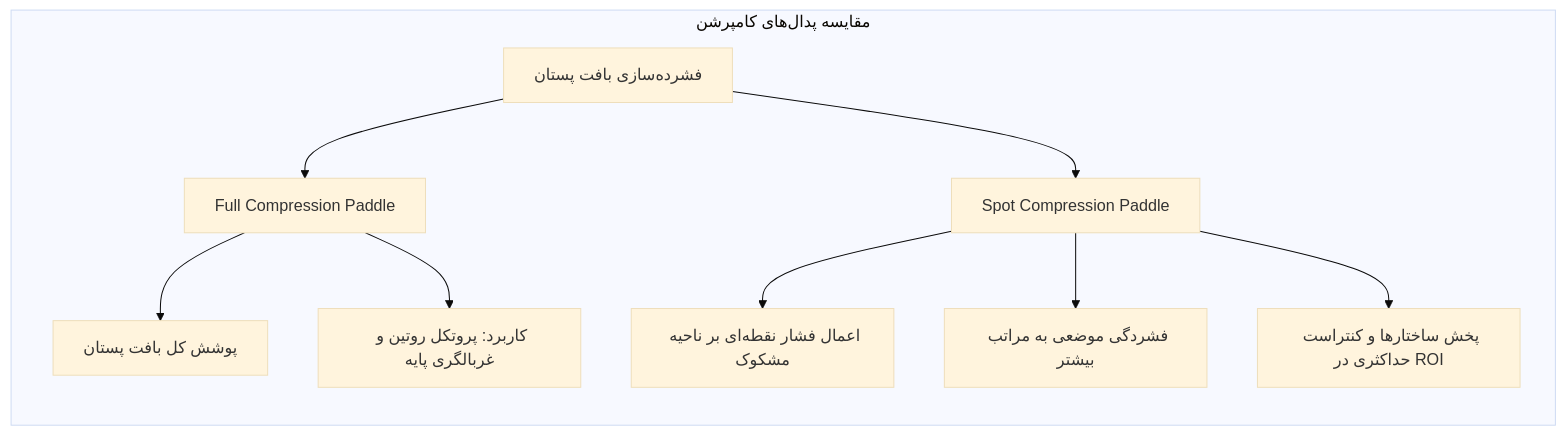
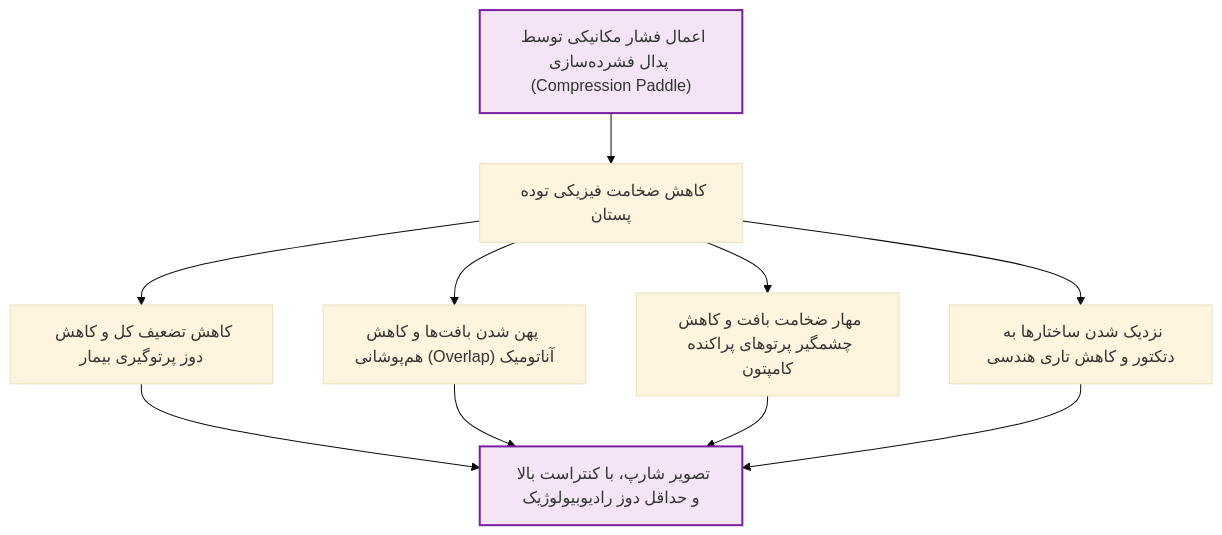
The third of 6 diagrams in 05/فیزیک پزشکی/پایان‌ترم/رادیوگرافی - ماموگرافی.md (neopulse-hub/-TUMS-1402-2-material-notes-), drawn with Mermaid (base theme) before and after one commit. The commit also changed other lines of this file, not shown here.

````diff
--- a/05/فیزیک پزشکی/پایان‌ترم/رادیوگرافی - ماموگرافی.md
+++ b/05/فیزیک پزشکی/پایان‌ترم/رادیوگرافی - ماموگرافی.md
@@ -95,13 +75,12 @@
 ```mermaid
-flowchart RL
-    subgraph "مقایسه پدال‌های کامپرشن"
-        direction TB
-        A[فشرده‌سازی بافت پستان] --> B[Full Compression Paddle]
-        A --> C[Spot Compression Paddle]
-        B --> D[پوشش کل بافت پستان]
-        B --> E[کاربرد: پروتکل روتین و غربالگری پایه]
-        C --> F[اعمال فشار نقطه‌ای بر ناحیه مشکوک]
-        C --> G[فشردگی موضعی به مراتب بیشتر]
-        C --> H[پخش ساختارها و کنتراست حداکثری در ROI]
-    end
+flowchart TD
+    A["اعمال فشار مکانیکی توسط پدال فشرده‌سازی (Compression Paddle)"] --> B["کاهش ضخامت فیزیکی توده پستان"]
+    B --> C["کاهش تضعیف کل و کاهش دوز پرتوگیری بیمار"]
+    B --> D["پهن شدن بافت‌ها و کاهش هم‌پوشانی (Overlap) آناتومیک"]
+    B --> E["مهار ضخامت بافت و کاهش چشمگیر پرتوهای پراکنده کامپتون"]
+    B --> F["نزدیک شدن ساختارها به دتکتور و کاهش تاری هندسی"]
+    
+    C & D & E & F --> G["تصویر شارپ، با کنتراست بالا و حداقل دوز رادیوبیولوژیک"]
+    classDef comp fill:#f3e5f5,stroke:#7b1fa2,stroke-width:2px;
+    class A,G comp;
 ```
````
